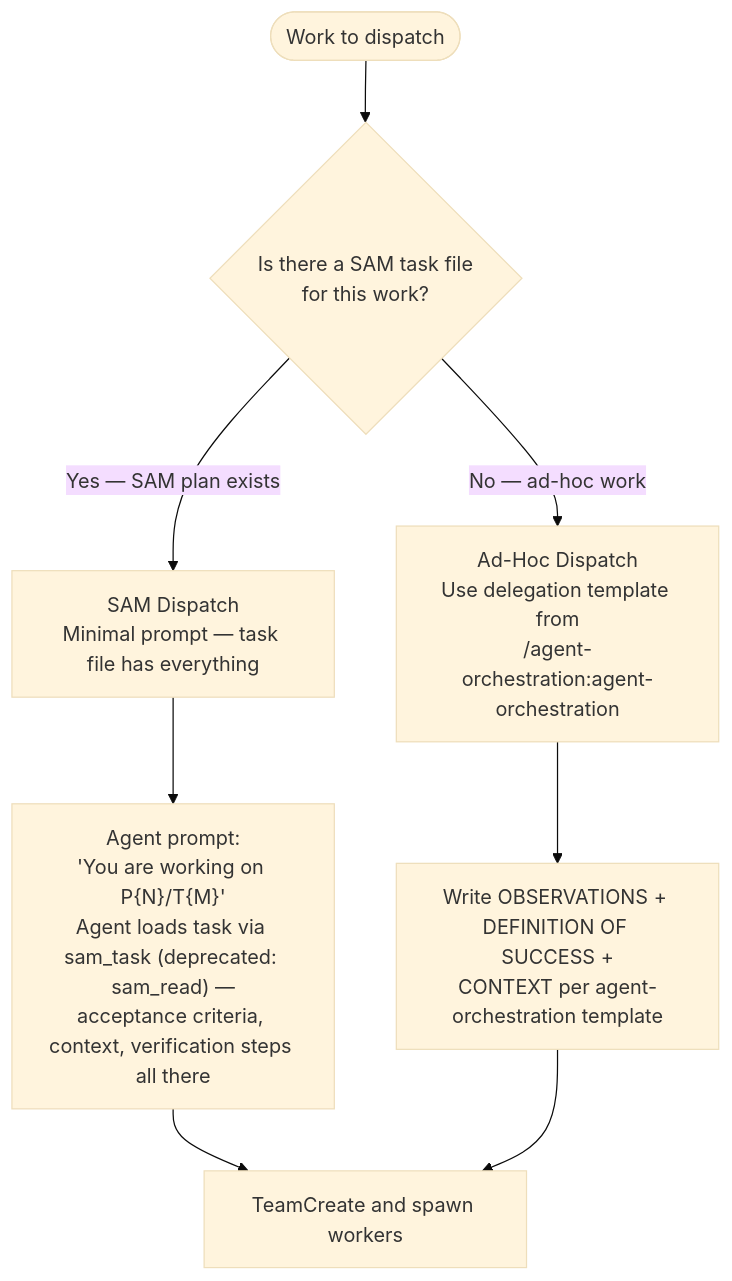
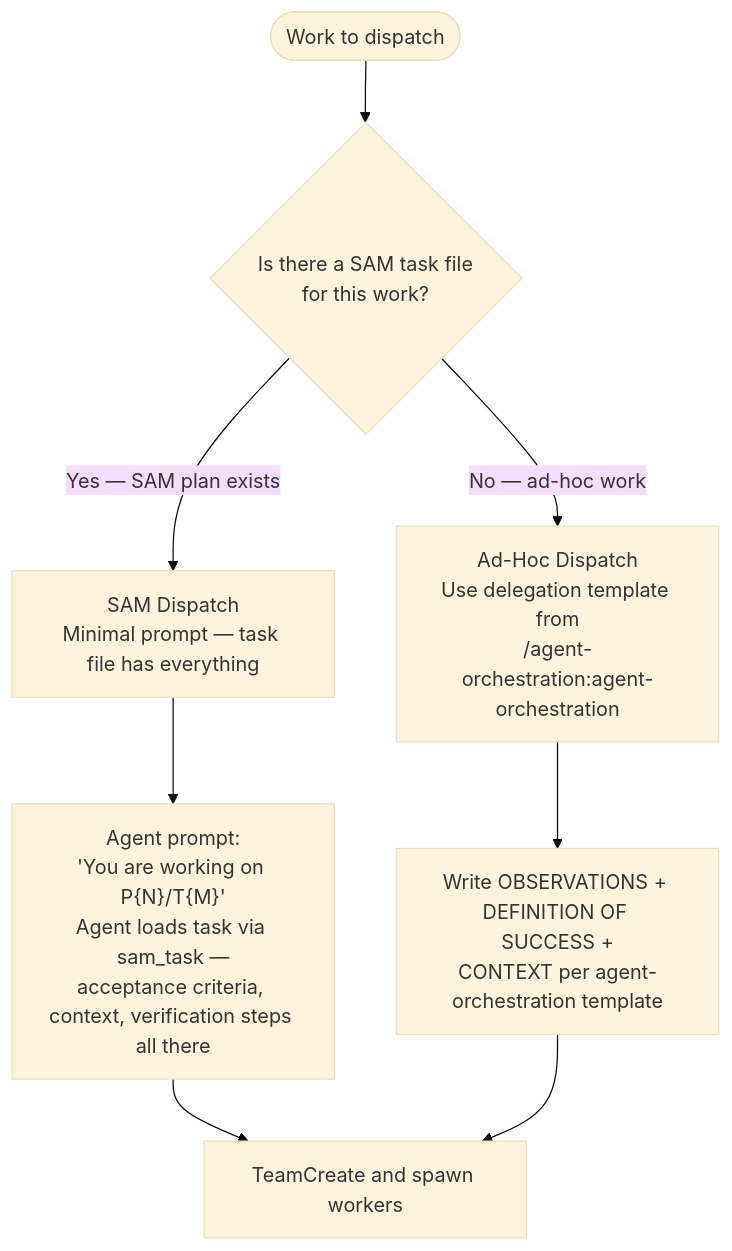
One commit to chgreer1070/claude_skills changed the first of 3 diagrams in plugins/development-harness/skills/dispatch/SKILL.md. Above: the diagram before and after it, drawn with Mermaid (base theme). The commit also changed other lines of this file and 38 other files, not shown here.

````diff
--- a/plugins/development-harness/skills/dispatch/SKILL.md
+++ b/plugins/development-harness/skills/dispatch/SKILL.md
@@ -16,10 +16,10 @@
 ```mermaid
 flowchart TD
     Start(["Work to dispatch"]) --> Q{"Is there a SAM task file<br>for this work?"}
     Q -->|"Yes — SAM plan exists"| SAM["SAM Dispatch<br>Minimal prompt — task file has everything"]
     Q -->|"No — ad-hoc work"| AdHoc["Ad-Hoc Dispatch<br>Use delegation template from<br>/agent-orchestration:agent-orchestration"]
-    SAM --> SAMPrompt["Agent prompt:<br>'You are working on P{N}/T{M}'<br>Agent loads task via sam_task (deprecated: sam_read) —<br>acceptance criteria, context, verification steps all there"]
+    SAM --> SAMPrompt["Agent prompt:<br>'You are working on P{N}/T{M}'<br>Agent loads task via sam_task —<br>acceptance criteria, context, verification steps all there"]
     AdHoc --> AdHocPrompt["Write OBSERVATIONS + DEFINITION OF SUCCESS +<br>CONTEXT per agent-orchestration template"]
     SAMPrompt --> Team["TeamCreate and spawn workers"]
     AdHocPrompt --> Team
 ```
````
